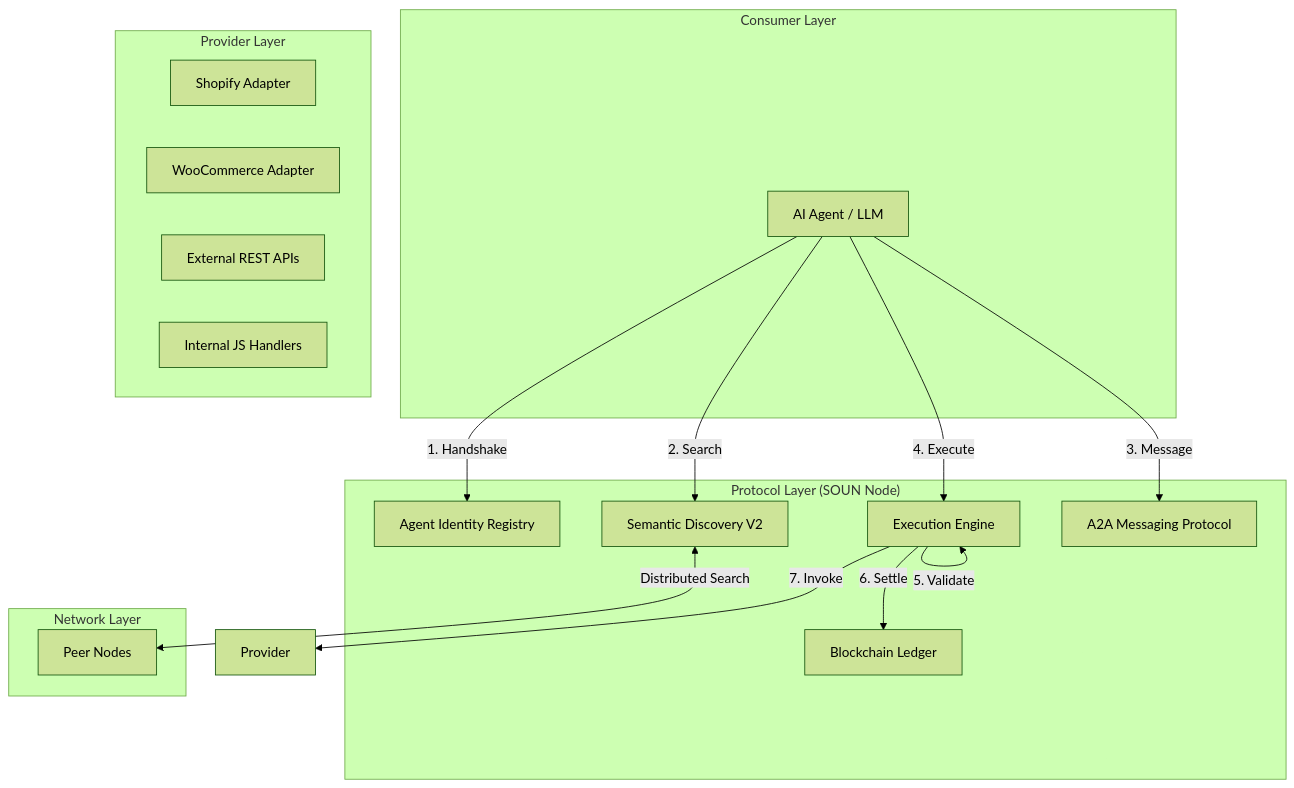
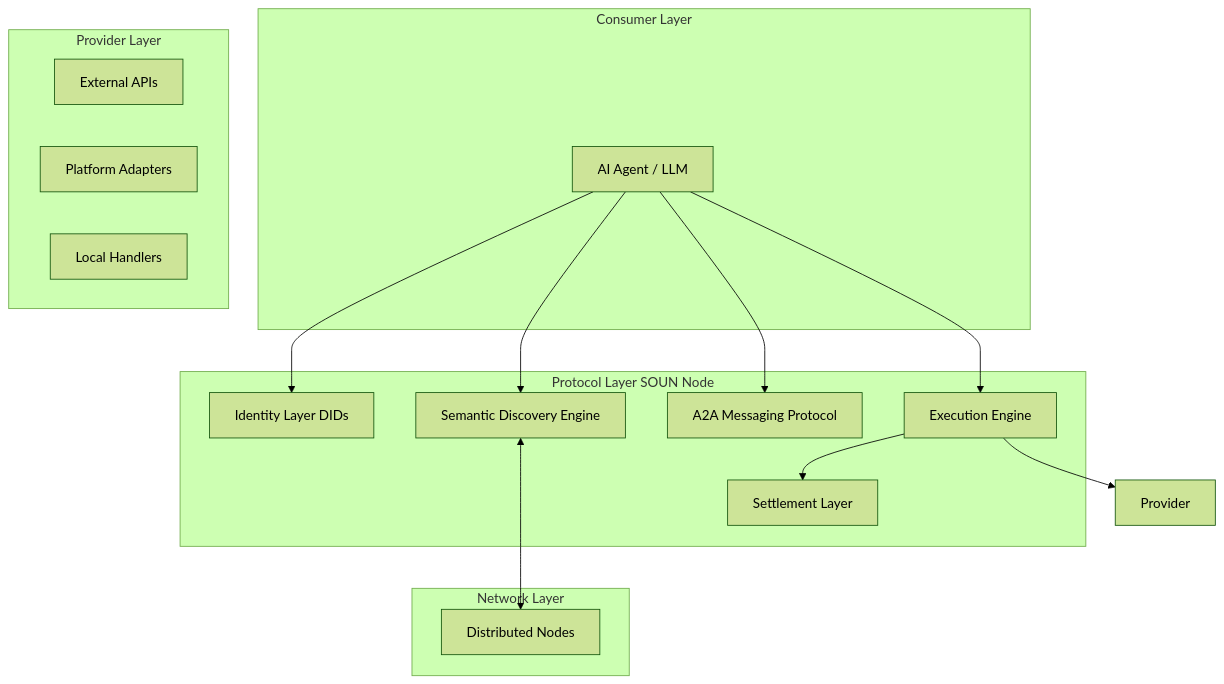
Before and after one commit to abhishek462307/SOUN: the diagram in README.md, drawn with Mermaid (forest theme). The commit also changed other lines of this file and 13 other files, not shown here.

````diff
--- a/README.md
+++ b/README.md
@@ -21,34 +41,32 @@
 ```mermaid
 graph TD
-    subgraph "Consumer Layer"
+    subgraph Consumer Layer
         Agent[AI Agent / LLM]
     end
 
-    subgraph "Protocol Layer (SOUN Node)"
-        Identity[Agent Identity Registry]
-        Discovery[Semantic Discovery V2]
+    subgraph Protocol Layer SOUN Node
+        Identity[Identity Layer DIDs]
+        Discovery[Semantic Discovery Engine]
         Engine[Execution Engine]
         Messaging[A2A Messaging Protocol]
-        Ledger[Blockchain Ledger]
+        Ledger[Settlement Layer]
     end
 
-    subgraph "Provider Layer"
-        Shopify[Shopify Adapter]
-        Woo[WooCommerce Adapter]
-        API[External REST APIs]
-        Local[Internal JS Handlers]
+    subgraph Provider Layer
+        API[External APIs]
+        Adapters[Platform Adapters]
+        Internal[Local Handlers]
     end
 
-    subgraph "Network Layer"
-        Peers[Peer Nodes]
+    subgraph Network Layer
+        Peers[Distributed Nodes]
     end
 
-    Agent -->|1. Handshake| Identity
-    Agent -->|2. Search| Discovery
-    Discovery <-->|Distributed Search| Peers
-    Agent -->|3. Message| Messaging
-    Agent -->|4. Execute| Engine
-    Engine -->|5. Validate| Engine
-    Engine -->|6. Settle| Ledger
-    Engine -->|7. Invoke| Provider
+    Agent --> Identity
+    Agent --> Discovery
+    Discovery <---> Peers
+    Agent --> Messaging
+    Agent --> Engine
+    Engine --> Ledger
+    Engine --> Provider
 ```
````
